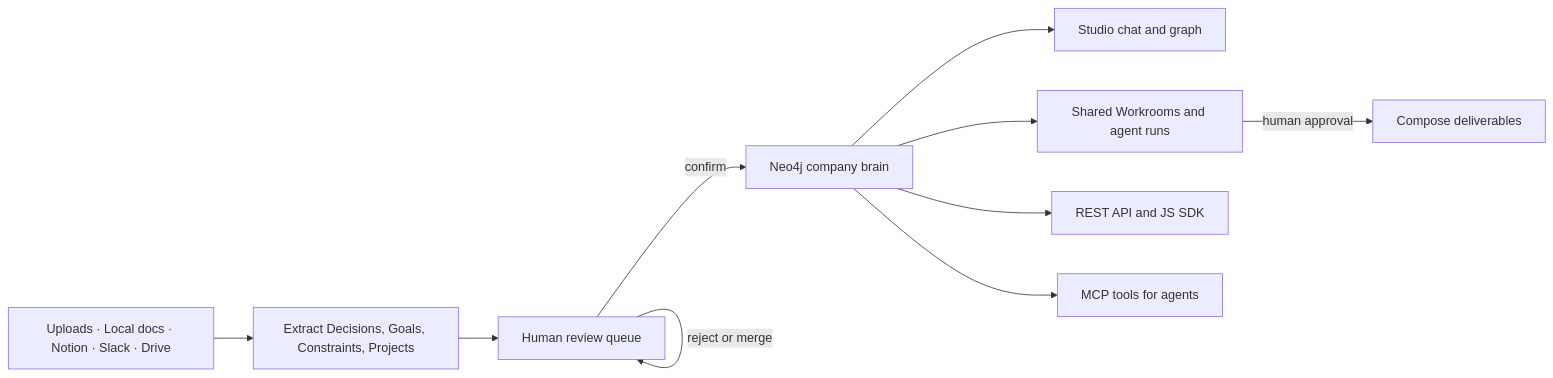
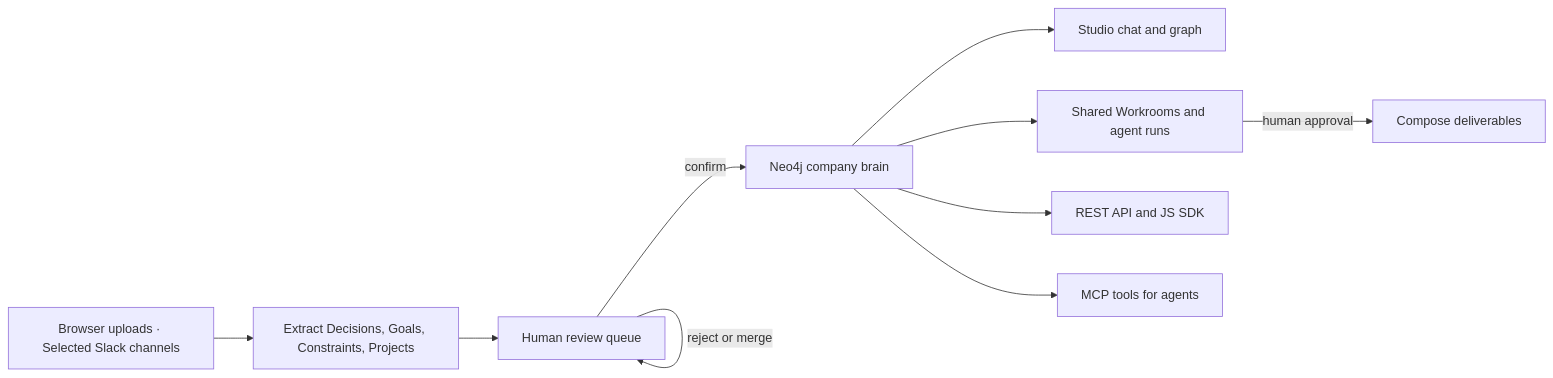
Before and after one commit to komponist-ai/komponist: the diagram in README.md, drawn with Mermaid. The commit also changed other lines of this file and 9 other files, not shown here.

````diff
--- a/README.md
+++ b/README.md
@@ -328,21 +326,21 @@
 ```mermaid
 flowchart LR
-    sources["Uploads · Local docs · Notion · Slack · Drive"]
+    sources["Browser uploads · Selected Slack channels"]
     extract["Extract Decisions, Goals, Constraints, Projects"]
     review["Human review queue"]
     brain["Neo4j company brain"]
     studio["Studio chat and graph"]
     workrooms["Shared Workrooms and agent runs"]
     compose["Compose deliverables"]
     api["REST API and JS SDK"]
     mcp["MCP tools for agents"]
 
     sources --> extract --> review
     review -->|confirm| brain
     review -->|reject or merge| review
     brain --> studio
     brain --> workrooms
     workrooms -->|human approval| compose
     brain --> api
     brain --> mcp
 ```
````
